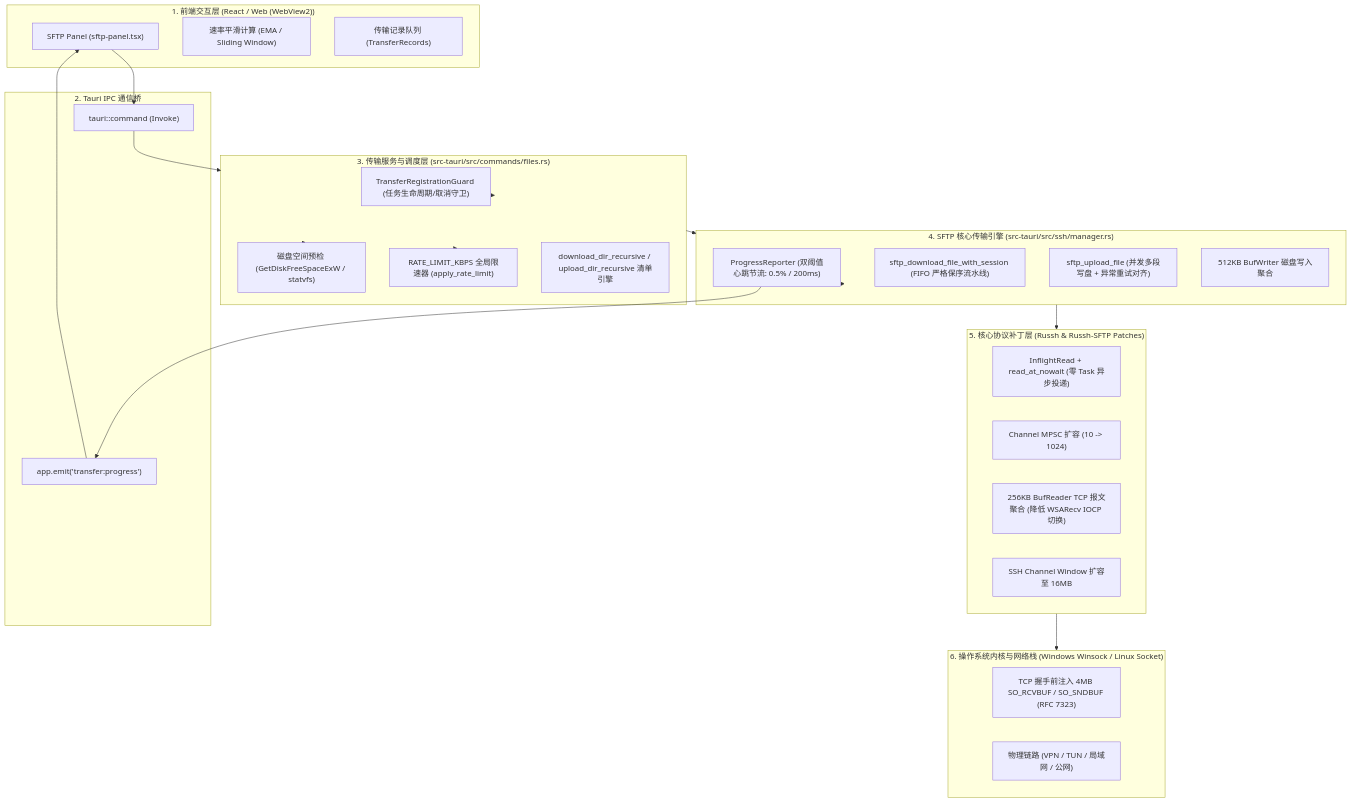
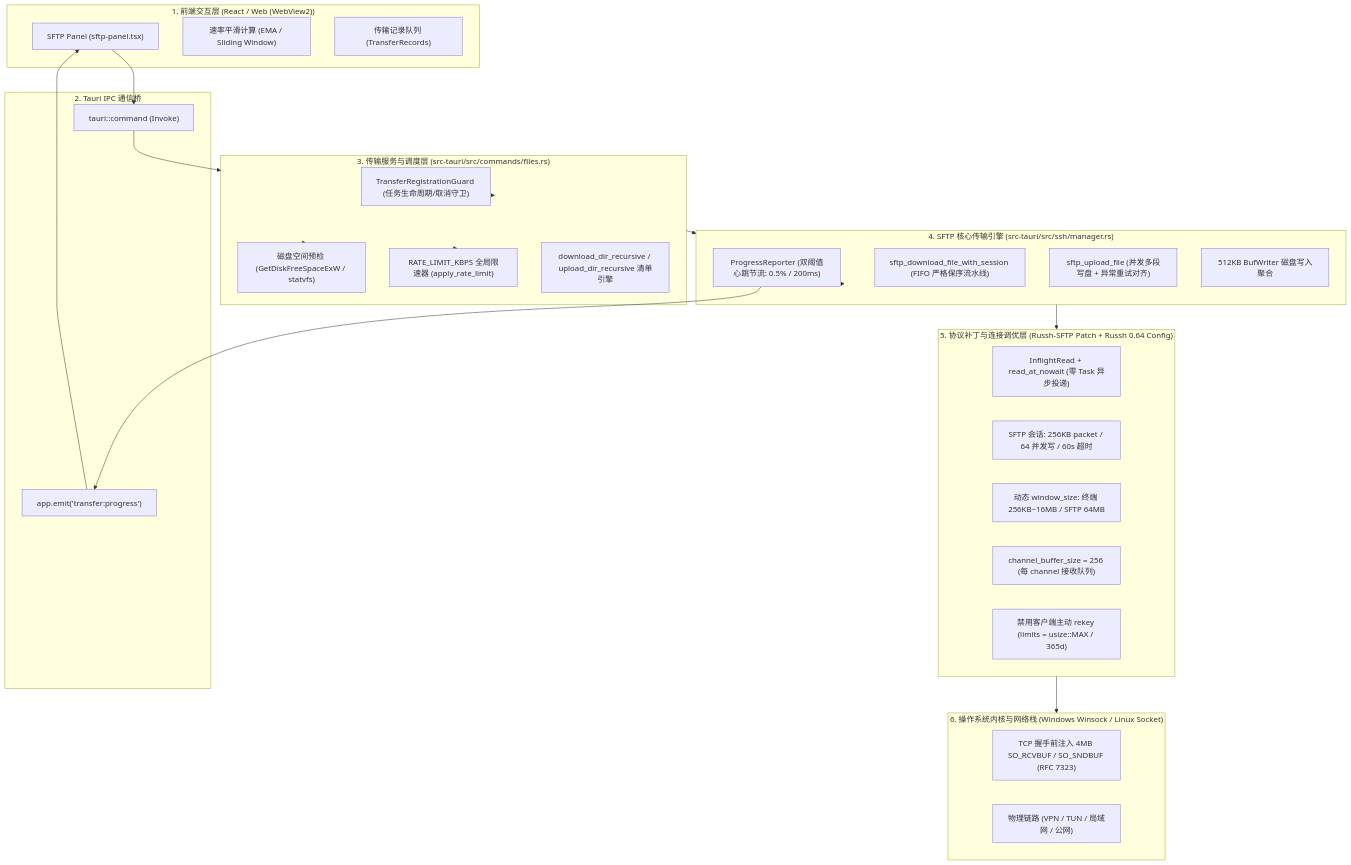
Before and after one commit to Tomshushu/Qshell: the diagram in docs/SFTP_AND_FILE_TRANSFER_BACKEND_ARCHITECTURE.md, drawn with Mermaid. The commit also changed other lines of this file and 2 other files, not shown here.

First line of the commit message:
refactor(sftp): restore channel buffer tuning and document russh patch history

````diff
--- a/docs/SFTP_AND_FILE_TRANSFER_BACKEND_ARCHITECTURE.md
+++ b/docs/SFTP_AND_FILE_TRANSFER_BACKEND_ARCHITECTURE.md
@@ -13,51 +14,52 @@
 ```mermaid
 flowchart TD
     subgraph UI ["1. 前端交互层 (React / Web (WebView2))"]
         Panel["SFTP Panel (sftp-panel.tsx)"]
         UI_EMA["速率平滑计算 (EMA / Sliding Window)"]
         UI_Queue["传输记录队列 (TransferRecords)"]
     end
 
     subgraph IPC ["2. Tauri IPC 通信桥"]
         API_Invoke["tauri::command (Invoke)"]
         API_Emit["app.emit('transfer:progress')"]
     end
 
     subgraph Service ["3. 传输服务与调度层 (src-tauri/src/commands/files.rs)"]
         Guard["TransferRegistrationGuard (任务生命周期/取消守卫)"]
         PreCheck["磁盘空间预检 (GetDiskFreeSpaceExW / statvfs)"]
         Limiter["RATE_LIMIT_KBPS 全局限速器 (apply_rate_limit)"]
         Recursive["download_dir_recursive / upload_dir_recursive 清单引擎"]
     end
 
     subgraph Engine ["4. SFTP 核心传输引擎 (src-tauri/src/ssh/manager.rs)"]
         Reporter["ProgressReporter (双阈值心跳节流: 0.5% / 200ms)"]
         DownEngine["sftp_download_file_with_session (FIFO 严格保序流水线)"]
         UpEngine["sftp_upload_file (并发多段写盘 + 异常重试对齐)"]
         BufWriter["512KB BufWriter 磁盘写入聚合"]
     end
 
-    subgraph Patches ["5. 核心协议补丁层 (Russh & Russh-SFTP Patches)"]
+    subgraph Patches ["5. 协议补丁与连接调优层 (Russh-SFTP Patch + Russh 0.64 Config)"]
         Inflight["InflightRead + read_at_nowait (零 Task 异步投递)"]
-        Queue1024["Channel MPSC 扩容 (10 -> 1024)"]
-        BufReader["256KB BufReader TCP 报文聚合 (降低 WSARecv IOCP 切换)"]
-        Win16M["SSH Channel Window 扩容至 16MB"]
+        SftpCfg["SFTP 会话: 256KB packet / 64 并发写 / 60s 超时"]
+        Window["动态 window_size: 终端 256KB~16MB / SFTP 64MB"]
+        ChanBuf["channel_buffer_size = 256 (每 channel 接收队列)"]
+        Rekey["禁用客户端主动 rekey (limits = usize::MAX / 365d)"]
     end
 
     subgraph Kernel ["6. 操作系统内核与网络栈 (Windows Winsock / Linux Socket)"]
         PreSock["TCP 握手前注入 4MB SO_RCVBUF / SO_SNDBUF (RFC 7323)"]
         Network["物理链路 (VPN / TUN / 局域网 / 公网)"]
     end
 
     Panel --> API_Invoke
     API_Invoke --> Service
     Service --> Guard
     Service --> PreCheck
     Service --> Limiter
     Service --> Engine
     Engine --> Reporter
     Reporter --> API_Emit
     API_Emit --> Panel
     Engine --> Patches
     Patches --> Kernel
 ```
````
